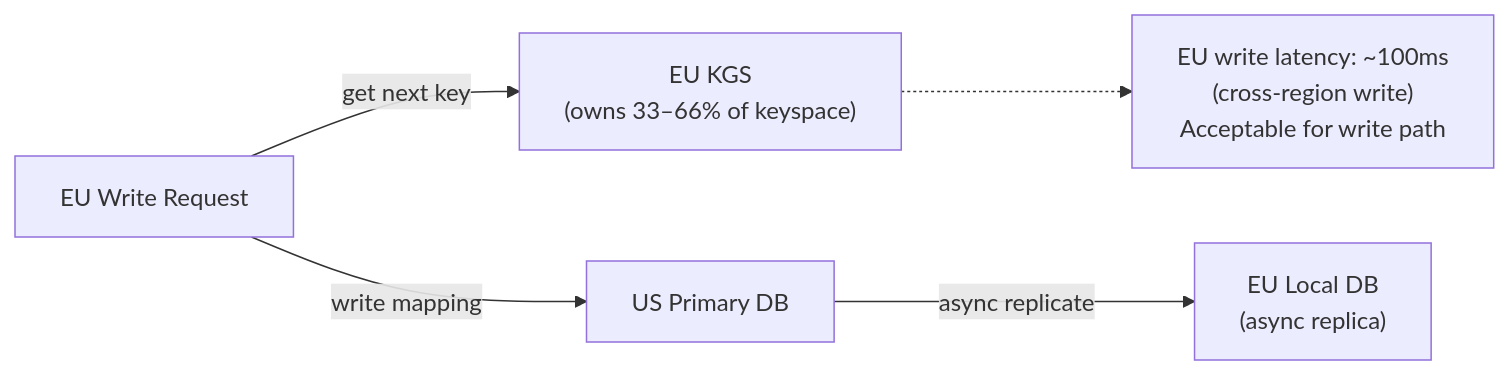
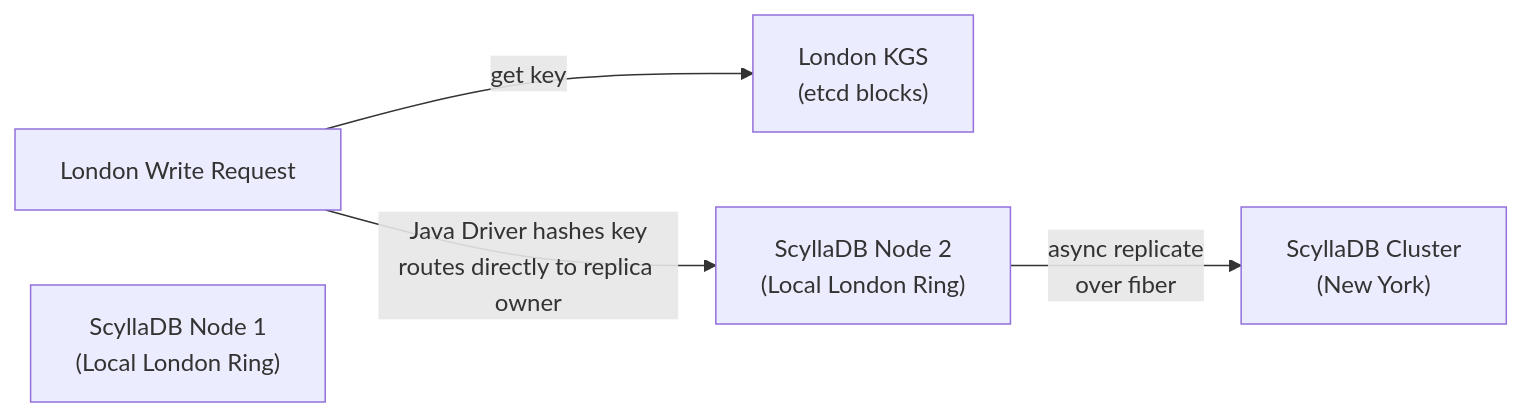
One commit to hemantkgupta/url-shortener changed diagram 15 of 23 in url-shortener-system-design-1.md. Above: the diagram before and after it, drawn with Mermaid. The commit also changed other lines of this file and 156 other files, not shown here.

````diff
--- a/url-shortener-system-design-1.md
+++ b/url-shortener-system-design-1.md
@@ -654,13 +802,15 @@
 ```mermaid
 flowchart LR
-    EU_Write["EU Write Request"]
-    EU_KGS["EU KGS<br/>(owns 33–66% of keyspace)"]
-    EU_DB["EU Local DB<br/>(async replica)"]
-    US_DB["US Primary DB"]
-    NOTE["EU write latency: ~100ms<br/>(cross-region write)<br/>Acceptable for write path"]
+    EU_Write["London Write Request"]
+    EU_KGS["London KGS<br/>(etcd blocks)"]
+    EU_Node1["ScyllaDB Node 1<br/>(Local London Ring)"]
+    EU_Node2["ScyllaDB Node 2<br/>(Local London Ring)"]
+    US_DB["ScyllaDB Cluster<br/>(New York)"]
 
-    EU_Write -->|get next key| EU_KGS
-    EU_Write -->|write mapping| US_DB
-    US_DB -->|async replicate| EU_DB
-    EU_KGS -.-> NOTE
+    EU_Write -->|get key| EU_KGS
+    
+    %% Java Driver Token Aware logic %%
+    EU_Write -->|Java Driver hashes key<br/>routes directly to replica owner| EU_Node2
+    
+    EU_Node2 -->|async replicate<br/>over fiber| US_DB
 ```
````
